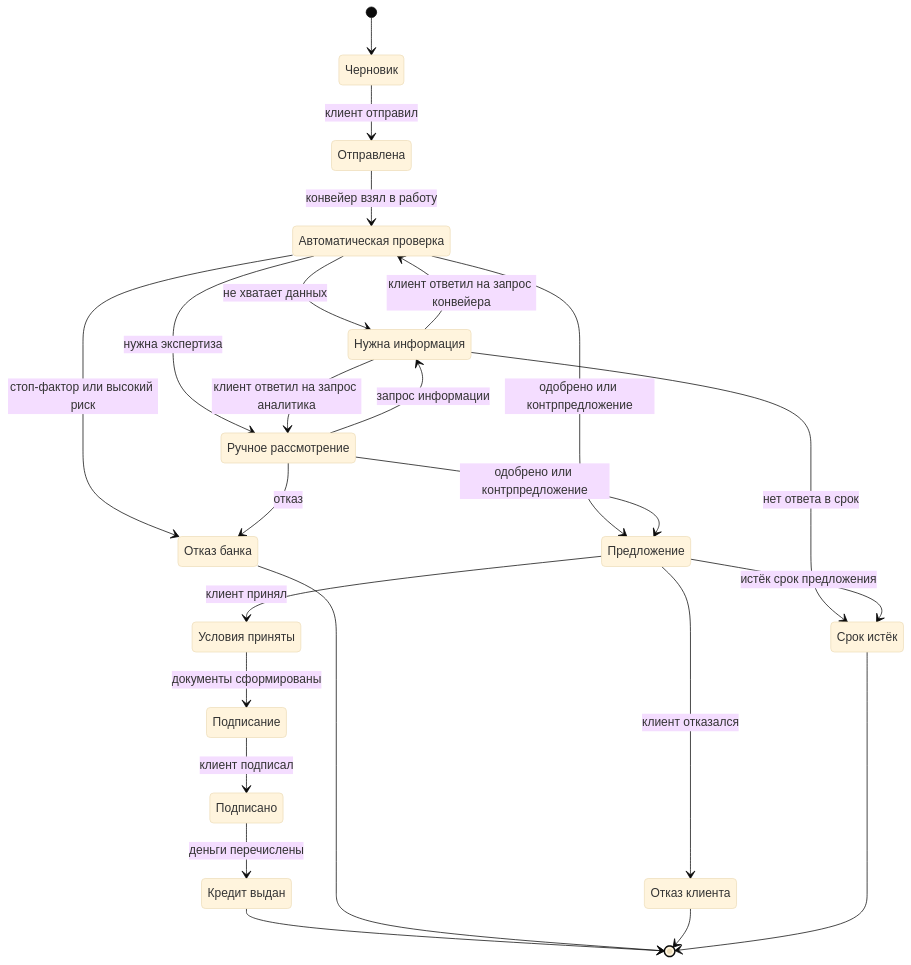
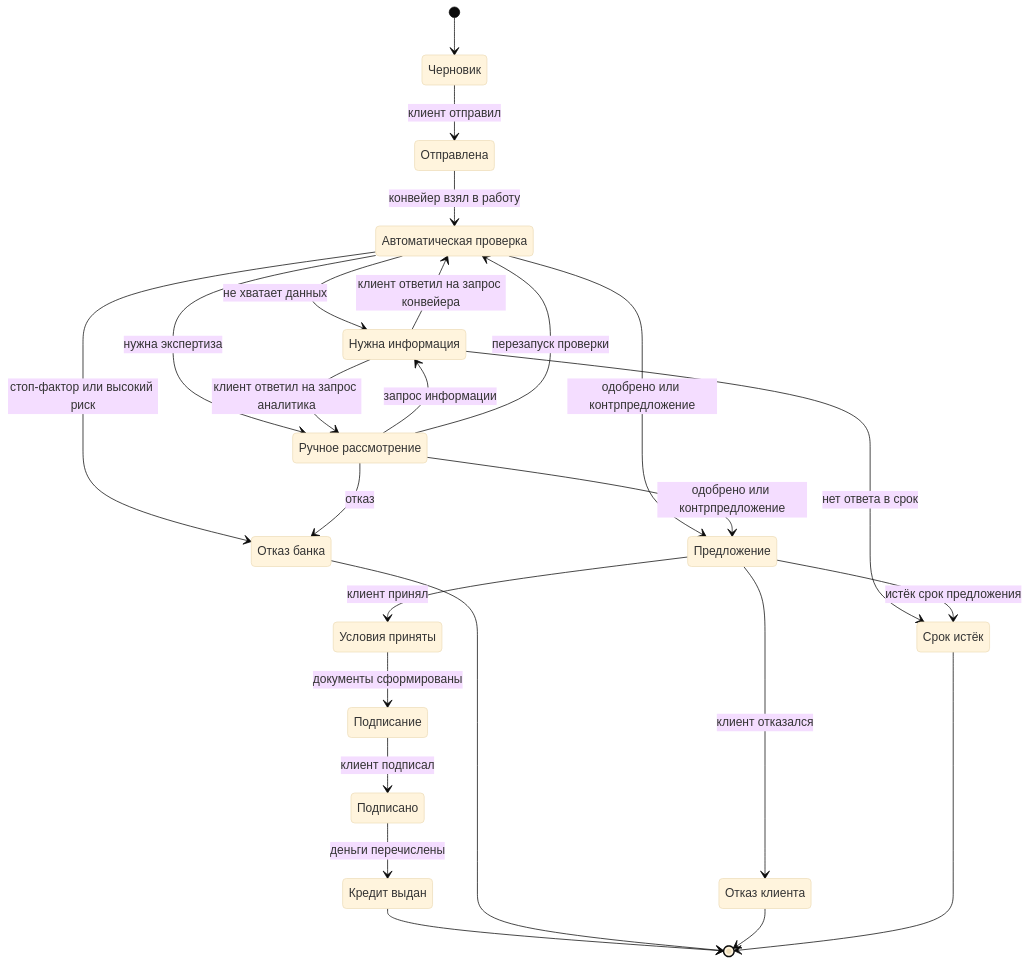
Before and after one commit to BreezeAreaSay/alfa-hakaton: the diagram in docs/process.md, drawn with Mermaid (base theme). The commit also changed other lines of this file and 6 other files, not shown here.

First line of the commit message:
docs: architecture, product rationale, test scenarios, design and ТЗ traceability

````diff
--- a/docs/process.md
+++ b/docs/process.md
@@ -40,40 +40,41 @@
 ```mermaid
 stateDiagram-v2
     state "Черновик" as DRAFT
     state "Отправлена" as SUBMITTED
     state "Автоматическая проверка" as IN_PROCESSING
     state "Нужна информация" as NEED_INFO
     state "Ручное рассмотрение" as MANUAL_REVIEW
     state "Предложение" as OFFER
     state "Условия приняты" as ACCEPTED
     state "Подписание" as SIGNING
     state "Подписано" as SIGNED
     state "Кредит выдан" as ISSUED
     state "Отказ банка" as REJECTED
     state "Отказ клиента" as DECLINED
     state "Срок истёк" as EXPIRED
 
     [*] --> DRAFT
     DRAFT --> SUBMITTED: клиент отправил
     SUBMITTED --> IN_PROCESSING: конвейер взял в работу
     IN_PROCESSING --> NEED_INFO: не хватает данных
     IN_PROCESSING --> MANUAL_REVIEW: нужна экспертиза
     IN_PROCESSING --> OFFER: одобрено или контрпредложение
     IN_PROCESSING --> REJECTED: стоп-фактор или высокий риск
     NEED_INFO --> IN_PROCESSING: клиент ответил на запрос конвейера
     NEED_INFO --> MANUAL_REVIEW: клиент ответил на запрос аналитика
     NEED_INFO --> EXPIRED: нет ответа в срок
     MANUAL_REVIEW --> OFFER: одобрено или контрпредложение
     MANUAL_REVIEW --> NEED_INFO: запрос информации
     MANUAL_REVIEW --> REJECTED: отказ
+    MANUAL_REVIEW --> IN_PROCESSING: перезапуск проверки
     OFFER --> ACCEPTED: клиент принял
     OFFER --> DECLINED: клиент отказался
     OFFER --> EXPIRED: истёк срок предложения
     ACCEPTED --> SIGNING: документы сформированы
     SIGNING --> SIGNED: клиент подписал
     SIGNED --> ISSUED: деньги перечислены
     ISSUED --> [*]
     REJECTED --> [*]
     DECLINED --> [*]
     EXPIRED --> [*]
 ```
````
